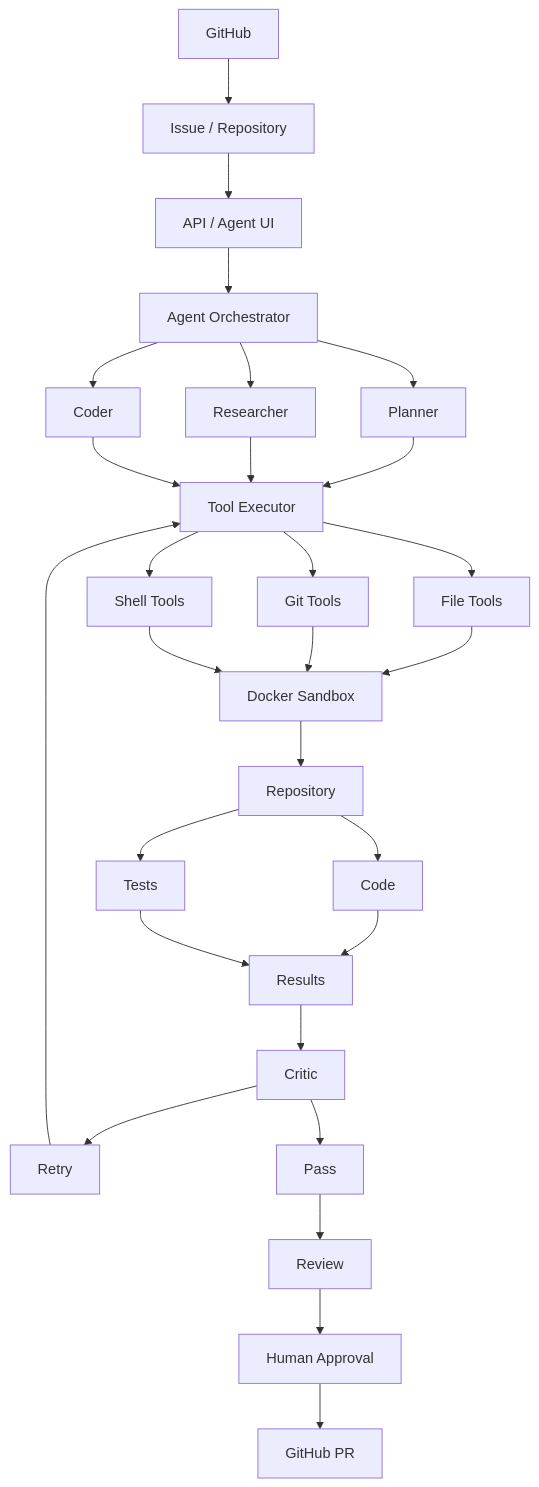
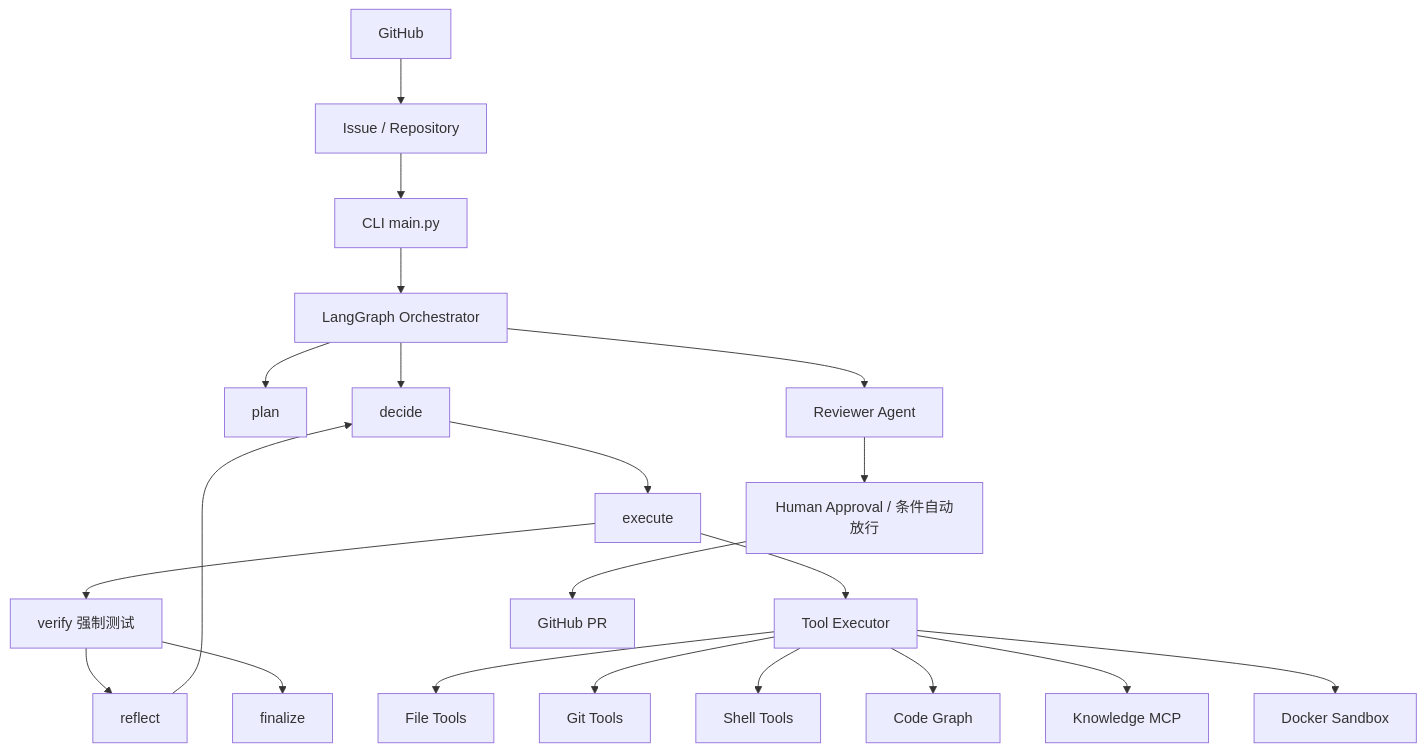
Before and after one commit to SilhouetteQA/Knowledge-Augmented-Autonomous-Coding-Agent: the diagram in readme.md, drawn with Mermaid. The commit also changed other lines of this file, not shown here.

````diff
--- a/readme.md
+++ b/readme.md
@@ -66,30 +45,23 @@
 ```mermaid
 graph TD
     GH[GitHub] --> IO[Issue / Repository]
-    IO --> API[API / Agent UI]
-    API --> AO[Agent Orchestrator]
-    AO --> P[Planner]
-    AO --> R[Researcher]
-    AO --> C[Coder]
-    P --> TE[Tool Executor]
-    R --> TE
-    C --> TE
+    IO --> API[CLI main.py]
+    API --> AO[LangGraph Orchestrator]
+    AO --> P[plan]
+    AO --> D[decide]
+    D --> E[execute]
+    E --> V[verify 强制测试]
+    V --> R[reflect]
+    R --> D
+    V --> F[finalize]
+    E --> TE[Tool Executor]
     TE --> FT[File Tools]
     TE --> GT[Git Tools]
     TE --> ST[Shell Tools]
-    FT --> SB[Docker Sandbox]
-    GT --> SB
-    ST --> SB
-    SB --> REPO[Repository]
-    REPO --> CODE[Code]
-    REPO --> TST[Tests]
-    CODE --> RES[Results]
-    TST --> RES
-    RES --> CR[Critic]
-    CR --> RT[Retry]
-    CR --> OK[Pass]
-    RT --> TE
-    OK --> RV[Review]
-    RV --> HA[Human Approval]
+    TE --> KG[Code Graph]
+    TE --> KN[Knowledge MCP]
+    TE --> SB[Docker Sandbox]
+    AO --> RV[Reviewer Agent]
+    RV --> HA[Human Approval / 条件自动放行]
     HA --> PR[GitHub PR]
 ```
````
